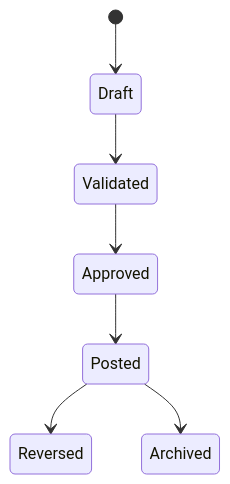
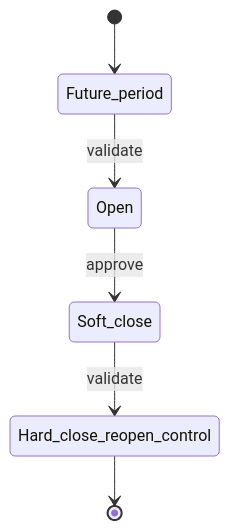
Before and after one commit to vakarkhan17/FlowCraft-Business-OS: the ninth of 46 diagrams in docs/blueprint/FCSB-Volume-14-Finance-Solution-Architecture.md, drawn with Mermaid. The commit also changed other lines of this file, not shown here.

Commit message:
docs(blueprint): rewrite FCSB Volume 14 finance architecture

```diff
--- a/docs/blueprint/FCSB-Volume-14-Finance-Solution-Architecture.md
+++ b/docs/blueprint/FCSB-Volume-14-Finance-Solution-Architecture.md
@@ -162,9 +171,8 @@
 ~~~mermaid
 stateDiagram-v2
-  [*] --> Draft
-  Draft --> Validated
-  Validated --> Approved
-  Approved --> Posted
-  Posted --> Reversed
-  Posted --> Archived
+  [*] --> Future_period
+  Future_period --> Open: validate
+  Open --> Soft_close: approve
+  Soft_close --> Hard_close_reopen_control: validate
+  Hard_close_reopen_control --> [*]
 ~~~
```
